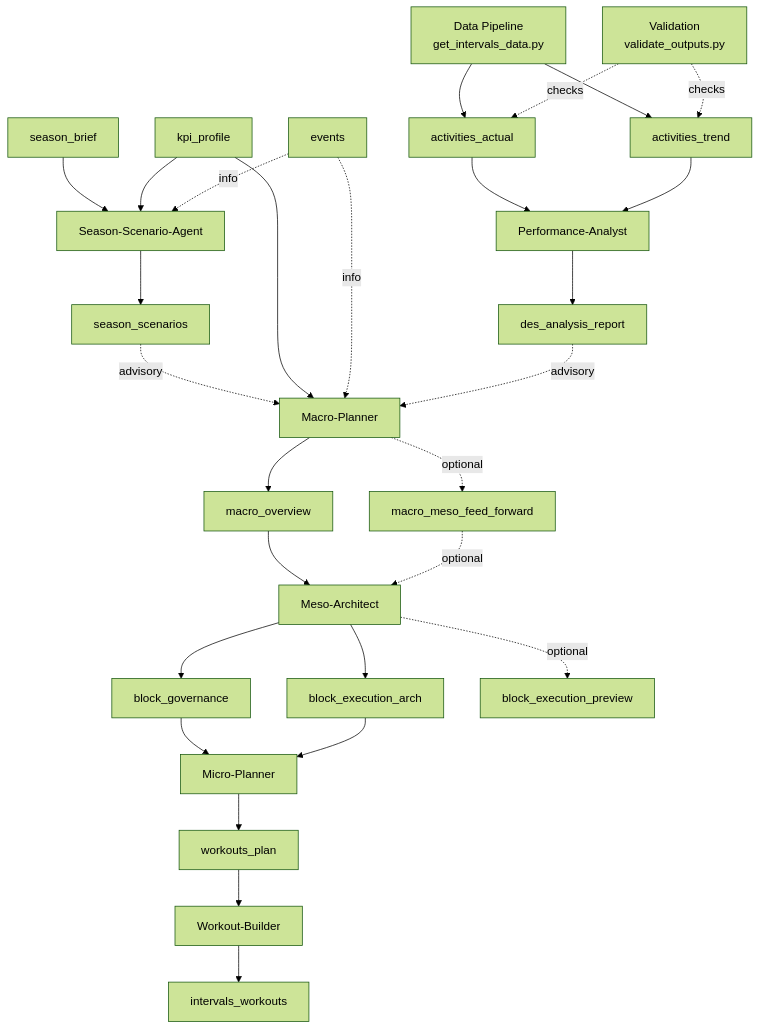
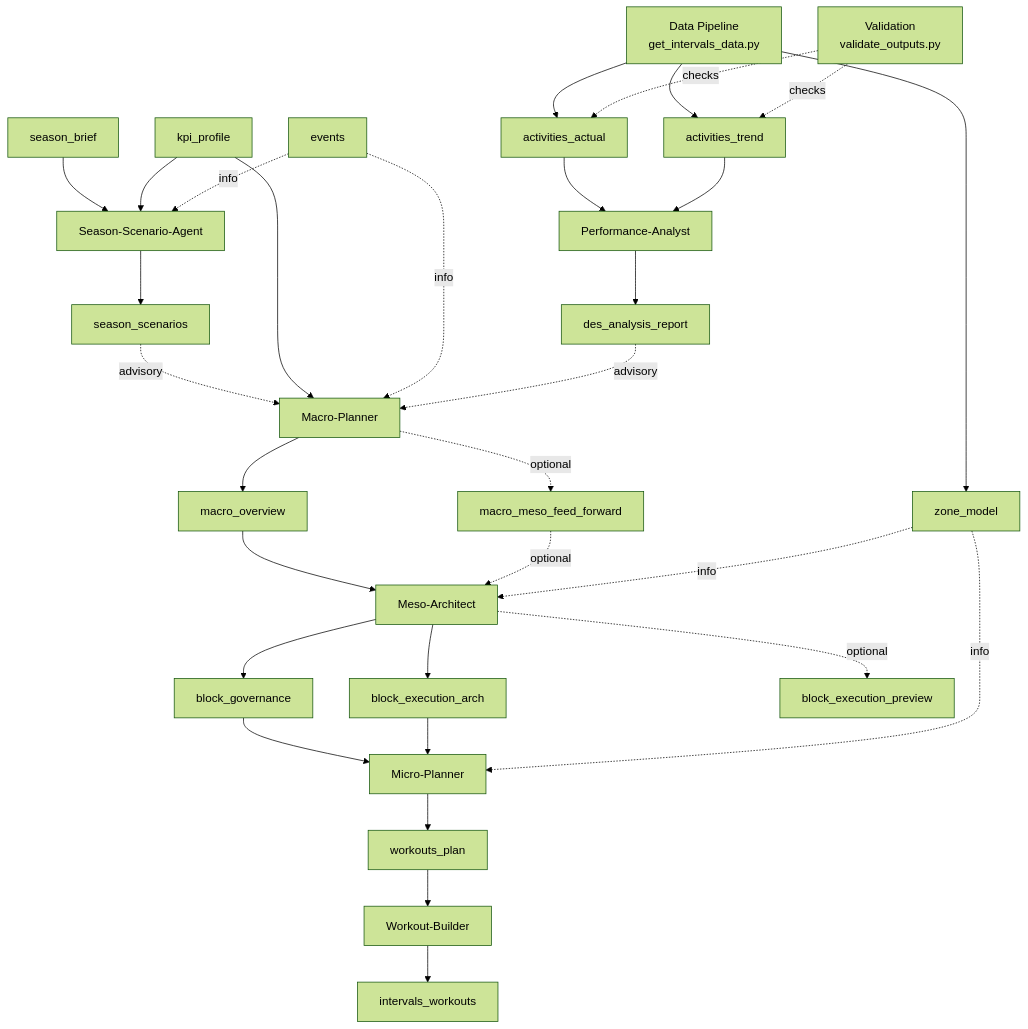
Before and after one commit to albauer-priv/RPS: the first of 3 diagrams in doc/system_architecture.md, drawn with Mermaid (forest theme). The commit also changed other lines of this file and 26 other files, not shown here.

Commit message:
Add data-pipeline zone model sourcing

````diff
--- a/doc/system_architecture.md
+++ b/doc/system_architecture.md
@@ -30,33 +30,36 @@
 ```mermaid
 flowchart TD
   SB[season_brief] --> SS[Season-Scenario-Agent]
   KP[kpi_profile] --> SS
   SS --> SC[season_scenarios]
   SC -. advisory .-> MA[Macro-Planner]
   KP --> MA
   EV[events] -. info .-> SS
   EV -. info .-> MA
   MA --> MO[macro_overview]
   MA -. optional .-> MMFF[macro_meso_feed_forward]
 
   MO --> ME[Meso-Architect]
   MMFF -. optional .-> ME
   ME --> BG[block_governance]
   ME --> BEA[block_execution_arch]
   ME -. optional .-> BEP[block_execution_preview]
 
   BG --> MI[Micro-Planner]
   BEA --> MI
   MI --> WP[workouts_plan]
   WP --> WB[Workout-Builder]
   WB --> WJ[intervals_workouts]
 
   DP[Data Pipeline\nget_intervals_data.py] --> AA[activities_actual]
   DP --> AT[activities_trend]
+  DP --> ZM[zone_model]
   VA[Validation\nvalidate_outputs.py] -. checks .-> AA
   VA -. checks .-> AT
   AA --> PA[Performance-Analyst]
   AT --> PA
+  ZM -. info .-> ME
+  ZM -. info .-> MI
   PA --> DR[des_analysis_report]
   DR -. advisory .-> MA
 ```
````
